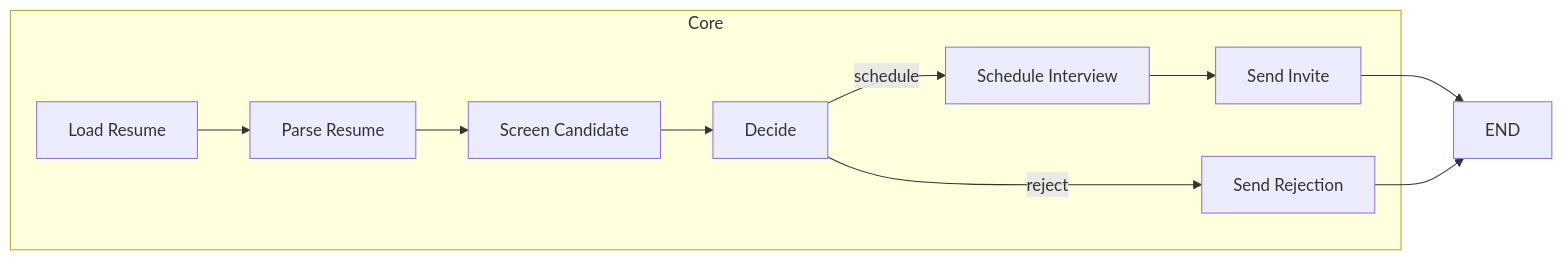
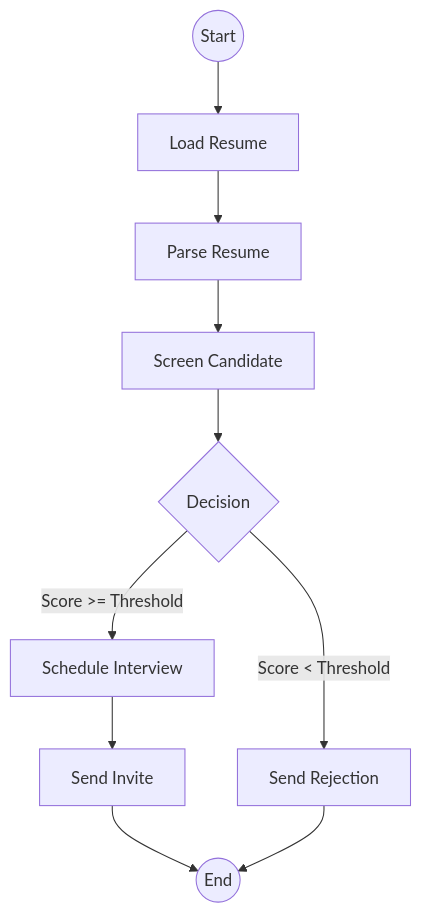
The diagram in README.md (Rhythamtech/Recruitment-Agent), drawn with Mermaid before and after one commit. The commit also changed other lines of this file, not shown here.

````diff
--- a/README.md
+++ b/README.md
@@ -48,15 +31,14 @@
 ```mermaid
-graph LR
-    subgraph Core
-        load[Load Resume]
-        parse[Parse Resume]
-        screen[Screen Candidate]
-        decide[Decide]
-        schedule[Schedule Interview]
-        invite[Send Invite]
-        reject[Send Rejection]
-    end
-    load --> parse --> screen --> decide
-    decide -->|schedule| schedule --> invite --> END
-    decide -->|reject| reject --> END
+graph TD
+    START((Start)) --> Load[Load Resume]
+    Load --> Parse[Parse Resume]
+    Parse --> Screen[Screen Candidate]
+    Screen --> Decide{Decision}
+    
+    Decide -->|Score >= Threshold| Schedule[Schedule Interview]
+    Decide -->|Score < Threshold| Reject[Send Rejection]
+    
+    Schedule --> Invite[Send Invite]
+    Invite --> END((End))
+    Reject --> END
 ```
````
